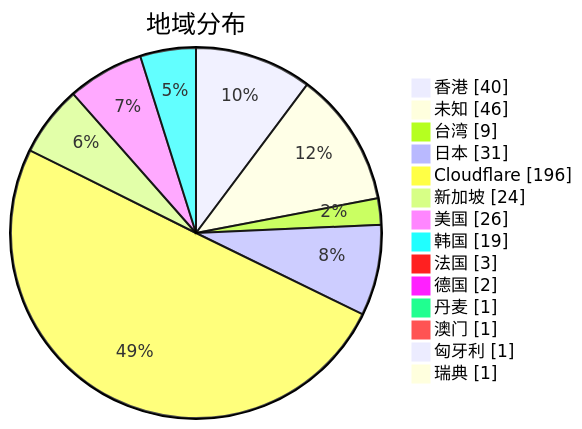
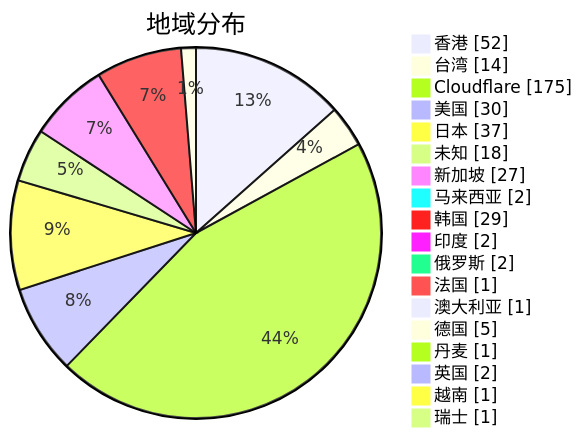
Before and after one commit to qjlxg/airport: the second of 3 diagrams in subs/statistics/tested_within.md, drawn with Mermaid. The commit also changed other lines of this file and 2 other files, not shown here.

Commit message:
Tested by metaST

````diff
--- a/subs/statistics/tested_within.md
+++ b/subs/statistics/tested_within.md
@@ -13,18 +13,22 @@
 ```mermaid
 pie showData
 title 地域分布
-"香港" : 40
-"未知" : 46
-"台湾" : 9
-"日本" : 31
-"Cloudflare" : 196
-"新加坡" : 24
-"美国" : 26
-"韩国" : 19
-"法国" : 3
-"德国" : 2
+"香港" : 52
+"台湾" : 14
+"Cloudflare" : 175
+"美国" : 30
+"日本" : 37
+"未知" : 18
+"新加坡" : 27
+"马来西亚" : 2
+"韩国" : 29
+"印度" : 2
+"俄罗斯" : 2
+"法国" : 1
+"澳大利亚" : 1
+"德国" : 5
 "丹麦" : 1
-"澳门" : 1
-"匈牙利" : 1
-"瑞典" : 1
+"英国" : 2
+"越南" : 1
+"瑞士" : 1
 ```
````
